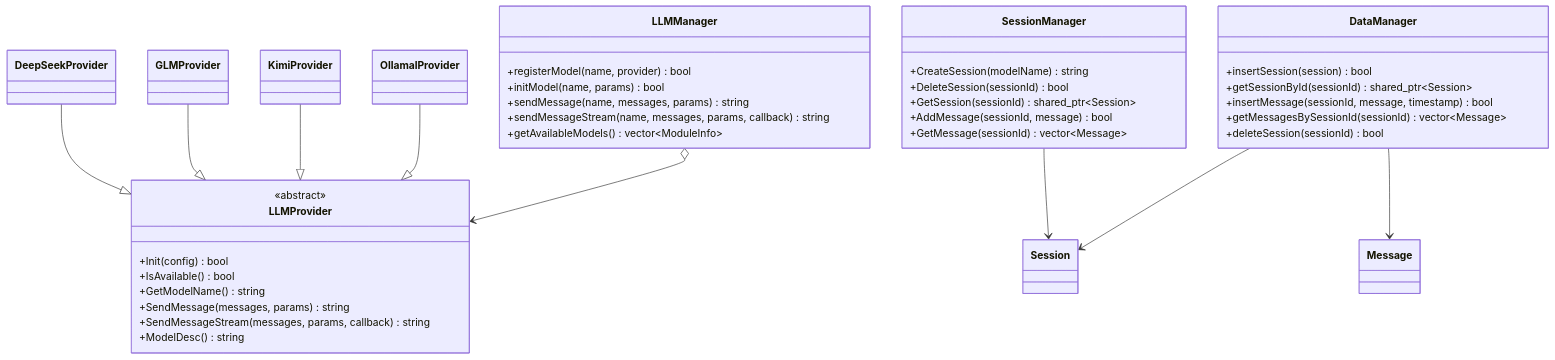
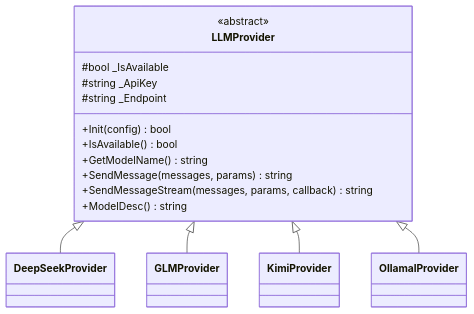
One commit to Ningbottle/AI_SDK changed the fourth of 6 diagrams in README.md. Above: the diagram before and after it, drawn with Mermaid. The commit also changed other lines of this file and 21 other files, not shown here.

````diff
--- a/README.md
+++ b/README.md
@@ -194,45 +136,23 @@
 ```mermaid
 classDiagram
     class LLMProvider {
         <<abstract>>
         +Init(config) bool
         +IsAvailable() bool
         +GetModelName() string
         +SendMessage(messages, params) string
         +SendMessageStream(messages, params, callback) string
         +ModelDesc() string
+        #bool _IsAvailable
+        #string _ApiKey
+        #string _Endpoint
     }
-
-    class LLMManager {
-        +registerModel(name, provider) bool
-        +initModel(name, params) bool
-        +sendMessage(name, messages, params) string
-        +sendMessageStream(name, messages, params, callback) string
-        +getAvailableModels() vector~ModuleInfo~
-    }
-
-    class SessionManager {
-        +CreateSession(modelName) string
-        +DeleteSession(sessionId) bool
-        +GetSession(sessionId) shared_ptr~Session~
-        +AddMessage(sessionId, message) bool
-        +GetMessage(sessionId) vector~Message~
-    }
-
-    class DataManager {
-        +insertSession(session) bool
-        +getSessionById(sessionId) shared_ptr~Session~
-        +insertMessage(sessionId, message, timestamp) bool
-        +getMessagesBySessionId(sessionId) vector~Message~
-        +deleteSession(sessionId) bool
-    }
-
-    DeepSeekProvider --|> LLMProvider
-    GLMProvider --|> LLMProvider
-    KimiProvider --|> LLMProvider
-    OllamalProvider --|> LLMProvider
-    LLMManager o--> LLMProvider
-    SessionManager --> Session
-    DataManager --> Session
-    DataManager --> Message
+    class DeepSeekProvider
+    class GLMProvider
+    class KimiProvider
+    class OllamalProvider
+    LLMProvider <|-- DeepSeekProvider
+    LLMProvider <|-- GLMProvider
+    LLMProvider <|-- KimiProvider
+    LLMProvider <|-- OllamalProvider
 ```
````
